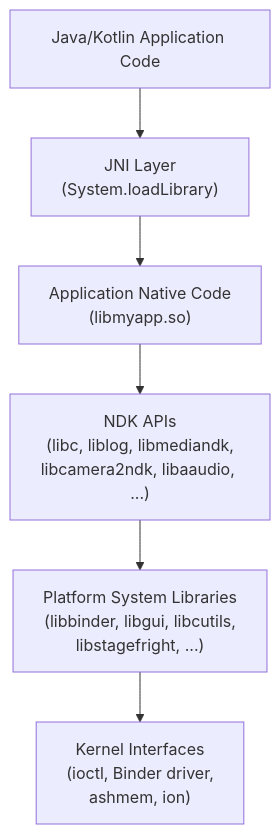
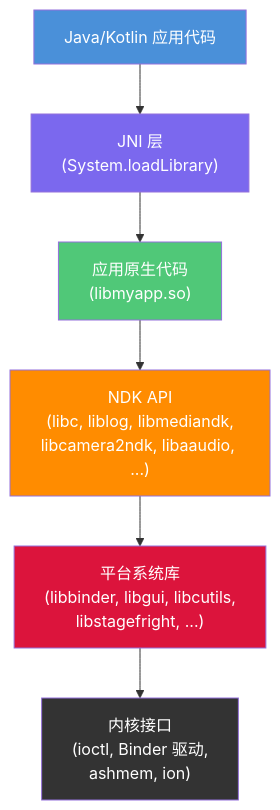
One commit to fwrite0920/aosp-internal-book changed the first of 5 diagrams in 11-ndk-zh.md. Above: the diagram before and after it, drawn with Mermaid. The commit also changed other lines of this file and 63 other files, not shown here.

````diff
--- a/11-ndk-zh.md
+++ b/11-ndk-zh.md
@@ -31,8 +25,15 @@
 ```mermaid
 graph TD
-    A["Java/Kotlin Application Code"] --> B["JNI Layer<br/>(System.loadLibrary)"]
-    B --> C["Application Native Code<br/>(libmyapp.so)"]
-    C --> D["NDK APIs<br/>(libc, liblog, libmediandk,<br/>libcamera2ndk, libaaudio, ...)"]
-    D --> E["Platform System Libraries<br/>(libbinder, libgui, libcutils,<br/>libstagefright, ...)"]
-    E --> F["Kernel Interfaces<br/>(ioctl, Binder driver,<br/>ashmem, ion)"]
+    A["Java/Kotlin 应用代码"] --> B["JNI 层<br/>(System.loadLibrary)"]
+    B --> C["应用原生代码<br/>(libmyapp.so)"]
+    C --> D["NDK API<br/>(libc, liblog, libmediandk,<br/>libcamera2ndk, libaaudio, ...)"]
+    D --> E["平台系统库<br/>(libbinder, libgui, libcutils,<br/>libstagefright, ...)"]
+    E --> F["内核接口<br/>(ioctl, Binder 驱动,<br/>ashmem, ion)"]
+
+    style A fill:#4a90d9,color:white
+    style B fill:#7b68ee,color:white
+    style C fill:#50c878,color:white
+    style D fill:#ff8c00,color:white
+    style E fill:#dc143c,color:white
+    style F fill:#333,color:white
 ```
````
